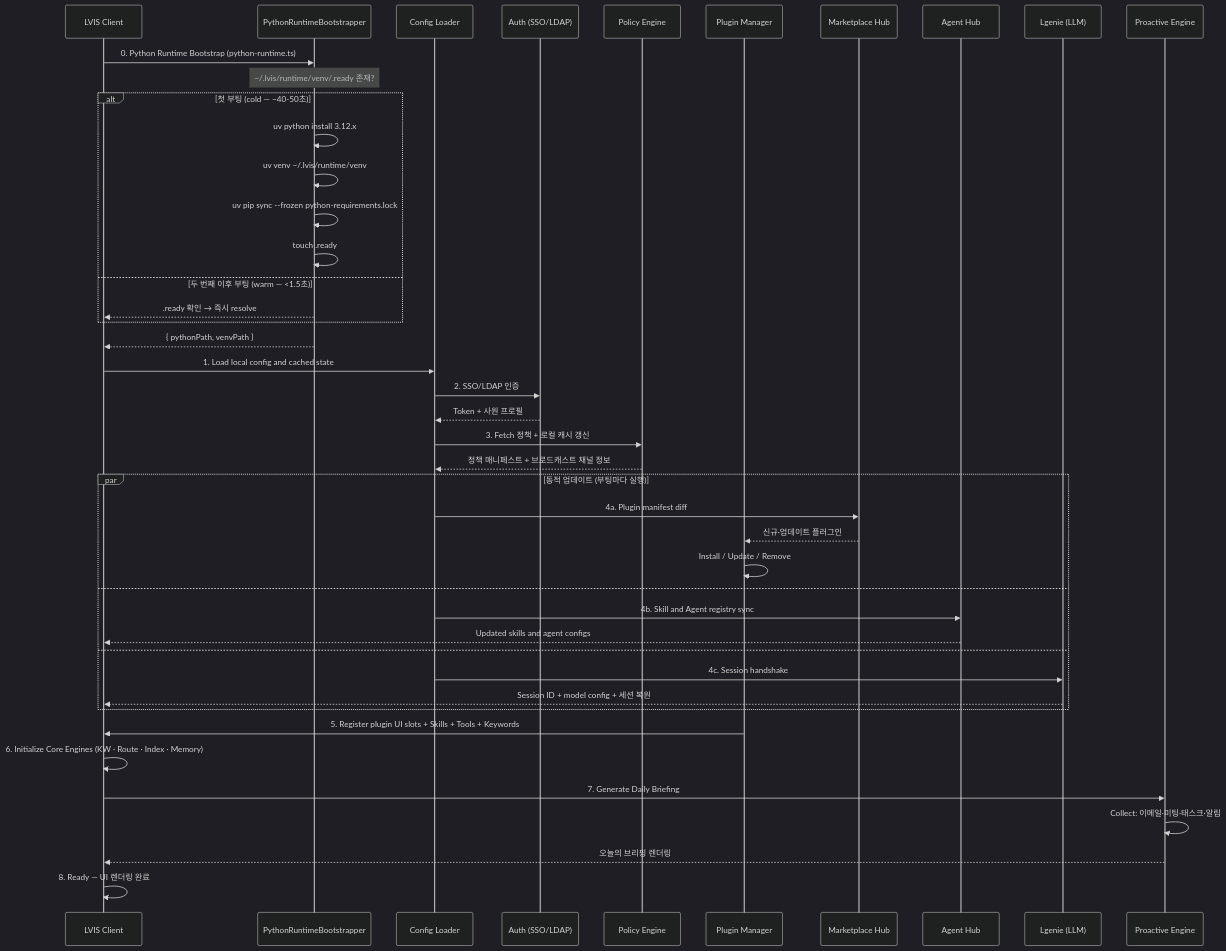
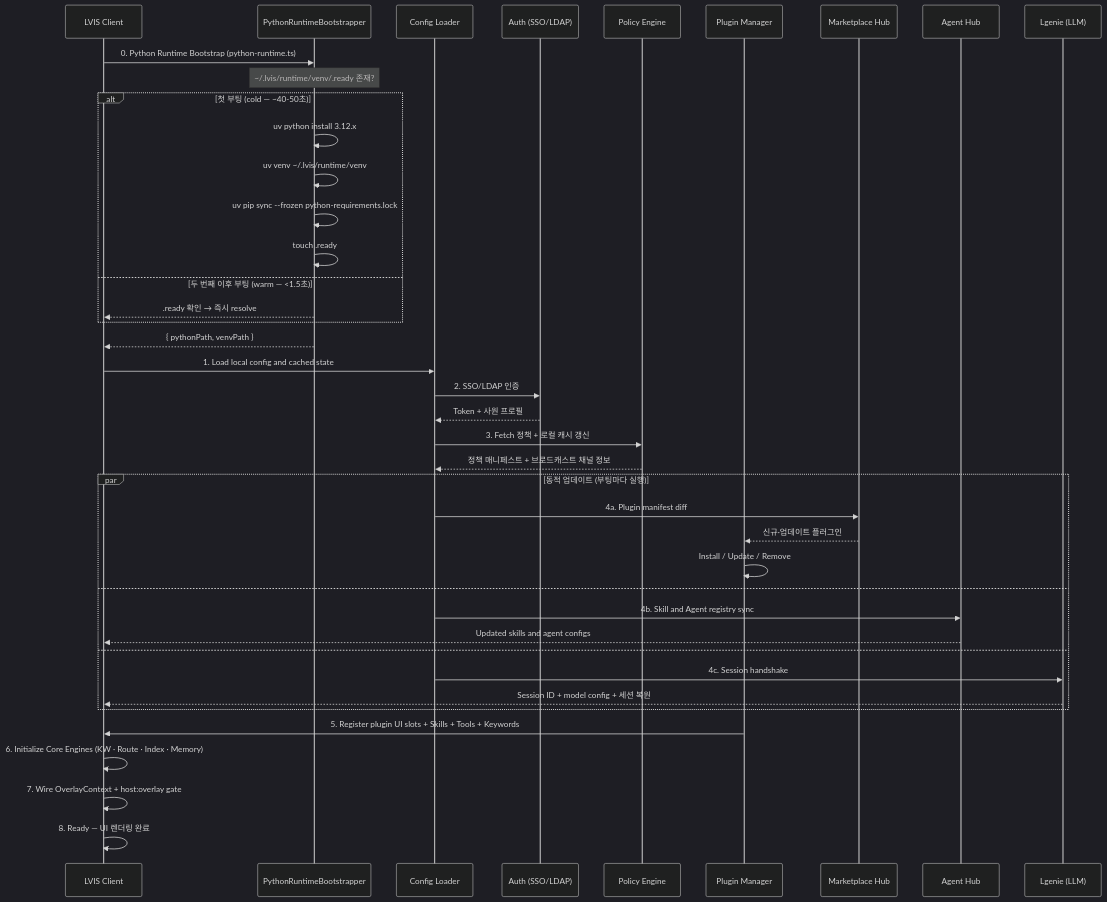
One commit to lvis-project/lvis-app changed the sixth of 44 diagrams in docs/architecture/architecture.md. Above: the diagram before and after it, drawn with Mermaid (dark theme). The commit also changed other lines of this file and 47 other files, not shown here.

````diff
--- a/docs/architecture/architecture.md
+++ b/docs/architecture/architecture.md
@@ -380,52 +380,49 @@
 ```mermaid
 sequenceDiagram
     participant App as LVIS Client
     participant PythonRT as PythonRuntimeBootstrapper
     participant Config as Config Loader
     participant Auth as Auth (SSO/LDAP)
     participant Policy as Policy Engine
     participant PluginMgr as Plugin Manager
     participant Market as Marketplace Hub
     participant AgentHub as Agent Hub
     participant Lgenie as Lgenie (LLM)
-    participant Proactive as Proactive Engine
 
     App->>PythonRT: 0. Python Runtime Bootstrap (python-runtime.ts)
     Note over PythonRT: ~/.lvis/runtime/venv/.ready 존재?
     alt 첫 부팅 (cold — ~40-50초)
         PythonRT->>PythonRT: uv python install 3.12.x
         PythonRT->>PythonRT: uv venv ~/.lvis/runtime/venv
         PythonRT->>PythonRT: uv pip sync --frozen python-requirements.lock
         PythonRT->>PythonRT: touch .ready
     else 두 번째 이후 부팅 (warm — <1.5초)
         PythonRT-->>App: .ready 확인 → 즉시 resolve
     end
     PythonRT-->>App: { pythonPath, venvPath }
 
     App->>Config: 1. Load local config and cached state
     Config->>Auth: 2. SSO/LDAP 인증
     Auth-->>Config: Token + 사원 프로필
     Config->>Policy: 3. Fetch 정책 + 로컬 캐시 갱신
     Policy-->>Config: 정책 매니페스트 + 브로드캐스트 채널 정보
 
     par 동적 업데이트 (부팅마다 실행)
         Config->>Market: 4a. Plugin manifest diff
         Market-->>PluginMgr: 신규·업데이트 플러그인
         PluginMgr->>PluginMgr: Install / Update / Remove
     and
         Config->>AgentHub: 4b. Skill and Agent registry sync
         AgentHub-->>App: Updated skills and agent configs
     and
         Config->>Lgenie: 4c. Session handshake
         Lgenie-->>App: Session ID + model config + 세션 복원
     end
 
     PluginMgr->>App: 5. Register plugin UI slots + Skills + Tools + Keywords
     App->>App: 6. Initialize Core Engines (KW · Route · Index · Memory)
 
-    App->>Proactive: 7. Generate Daily Briefing
-    Proactive->>Proactive: Collect: 이메일·미팅·태스크·알림
-    Proactive-->>App: 오늘의 브리핑 렌더링
+    App->>App: 7. Wire OverlayContext + host:overlay gate
 
     App->>App: 8. Ready — UI 렌더링 완료
 ```
````
